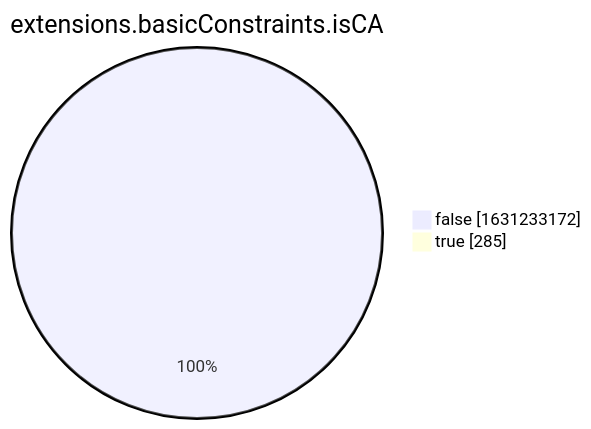
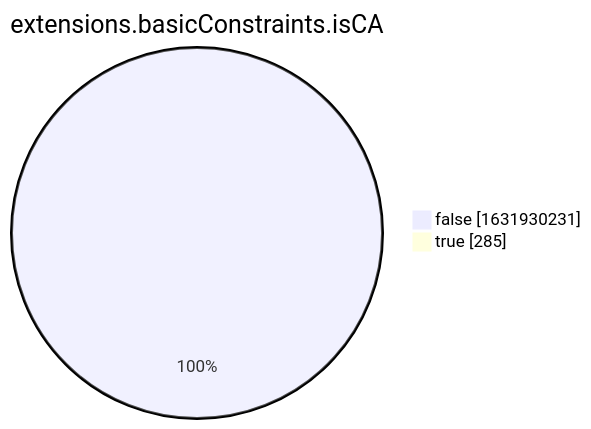
One commit to christiankrug/ctmonitor_visualization changed the eighth of 15 diagrams in xenon2022/README.md. Above: the diagram before and after it, drawn with Mermaid. The commit also changed other lines of this file, not shown here.

````diff
--- a/xenon2022/README.md
+++ b/xenon2022/README.md
@@ -2863,6 +2863,6 @@
 ```mermaid
 pie showData
 title extensions.basicConstraints.isCA
-"false" :1631233172
+"false" :1631930231
 "true" :285
 ```
````
